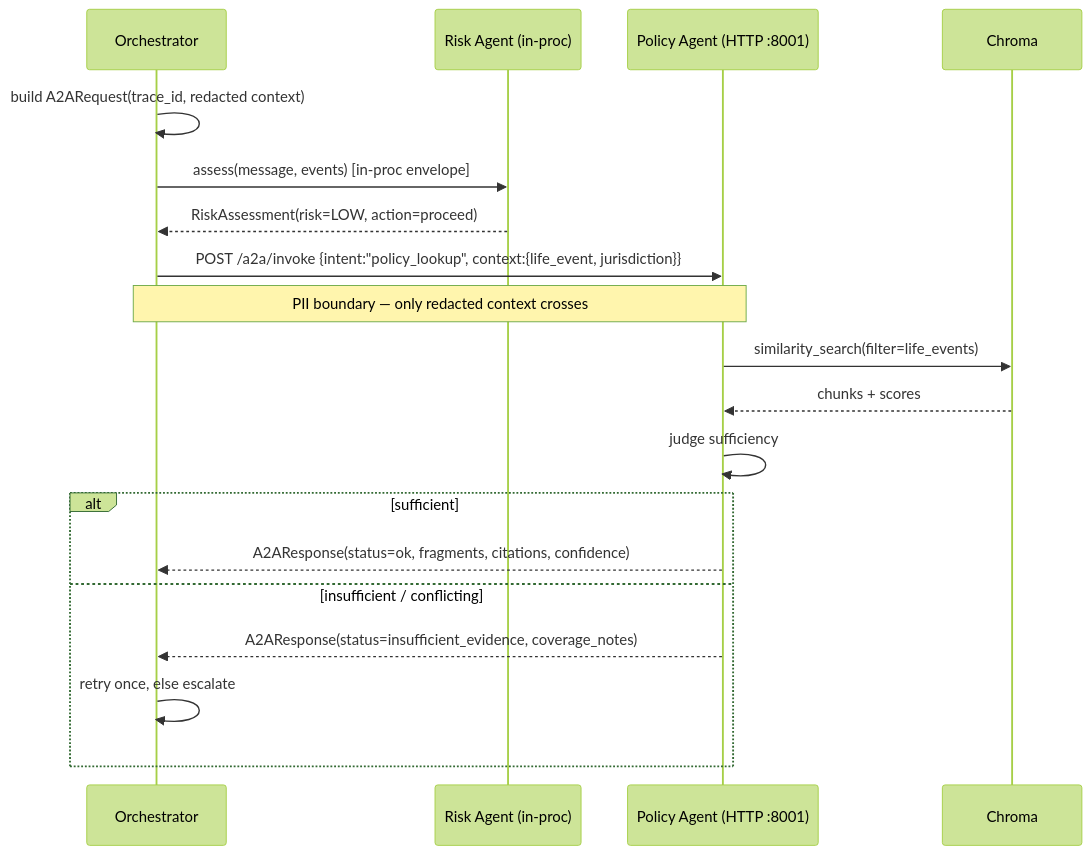
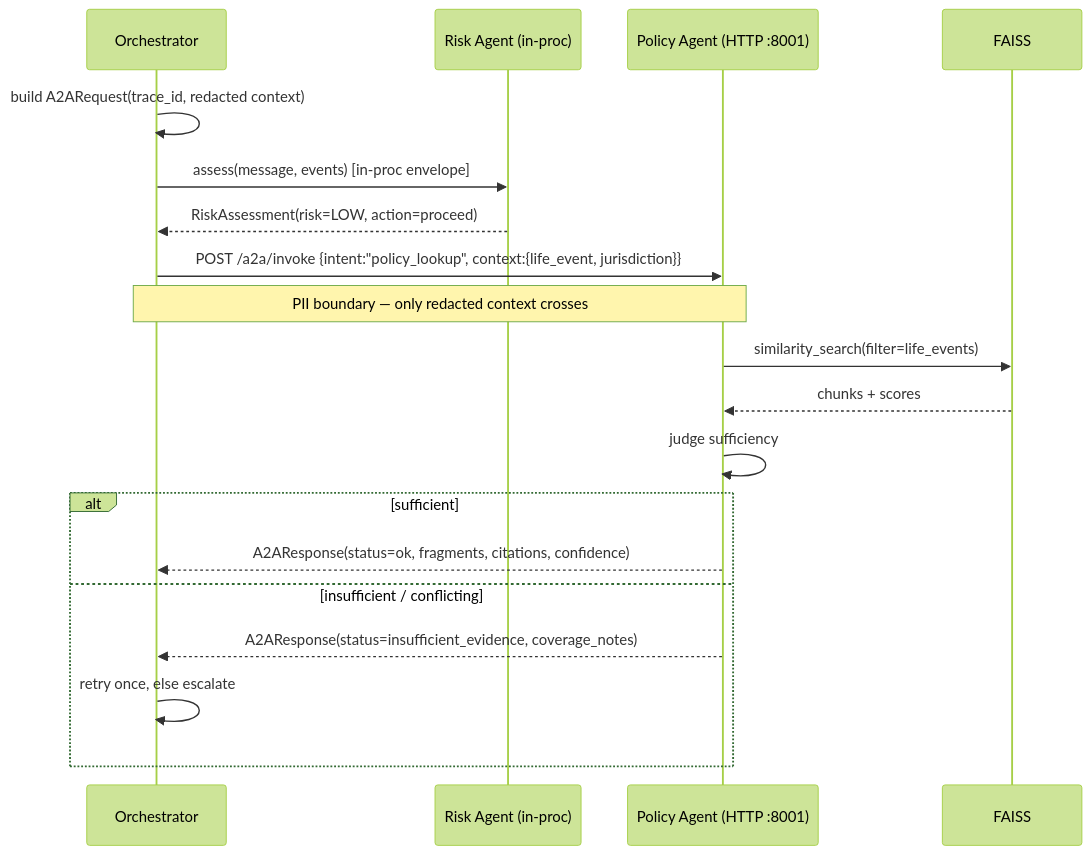
Before and after one commit to jobs4zac-max/capstone: the fourth of 6 diagrams in PROJECT_PLAN.md, drawn with Mermaid (forest theme). The commit also changed other lines of this file and 163 other files, not shown here.

````diff
--- a/PROJECT_PLAN.md
+++ b/PROJECT_PLAN.md
@@ -922,22 +936,22 @@
 ```mermaid
 sequenceDiagram
     participant O as Orchestrator
     participant R as Risk Agent (in-proc)
     participant P as Policy Agent (HTTP :8001)
-    participant V as Chroma
+    participant V as FAISS
 
     O->>O: build A2ARequest(trace_id, redacted context)
     O->>R: assess(message, events)  [in-proc envelope]
     R-->>O: RiskAssessment(risk=LOW, action=proceed)
     O->>P: POST /a2a/invoke  {intent:"policy_lookup", context:{life_event, jurisdiction}}
     Note over O,P: PII boundary — only redacted context crosses
     P->>V: similarity_search(filter=life_events)
     V-->>P: chunks + scores
     P->>P: judge sufficiency
     alt sufficient
         P-->>O: A2AResponse(status=ok, fragments, citations, confidence)
     else insufficient / conflicting
         P-->>O: A2AResponse(status=insufficient_evidence, coverage_notes)
         O->>O: retry once, else escalate
     end
 ```
````
